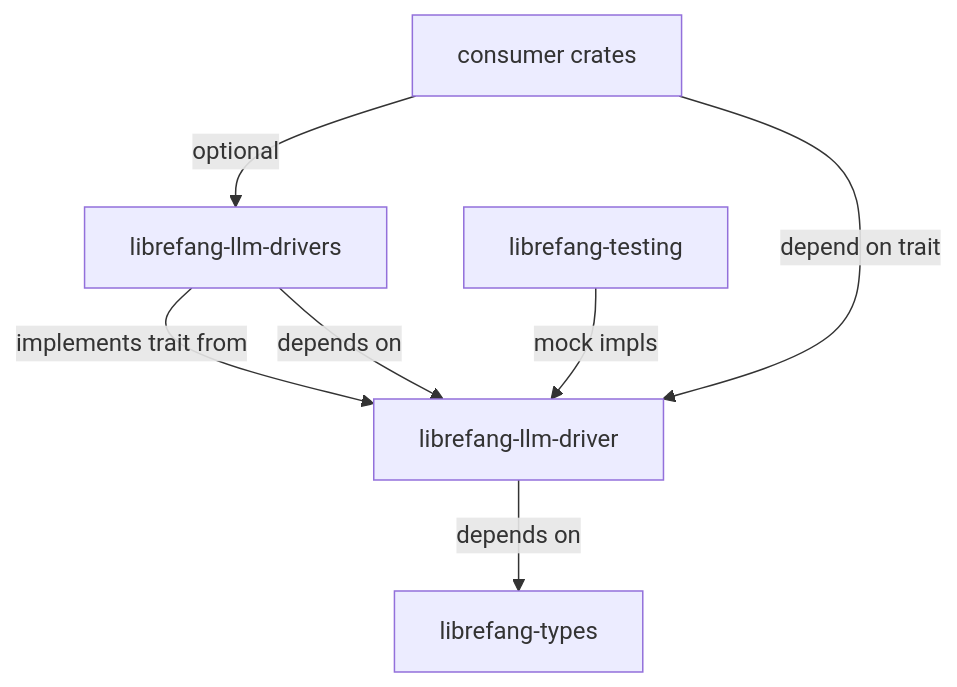
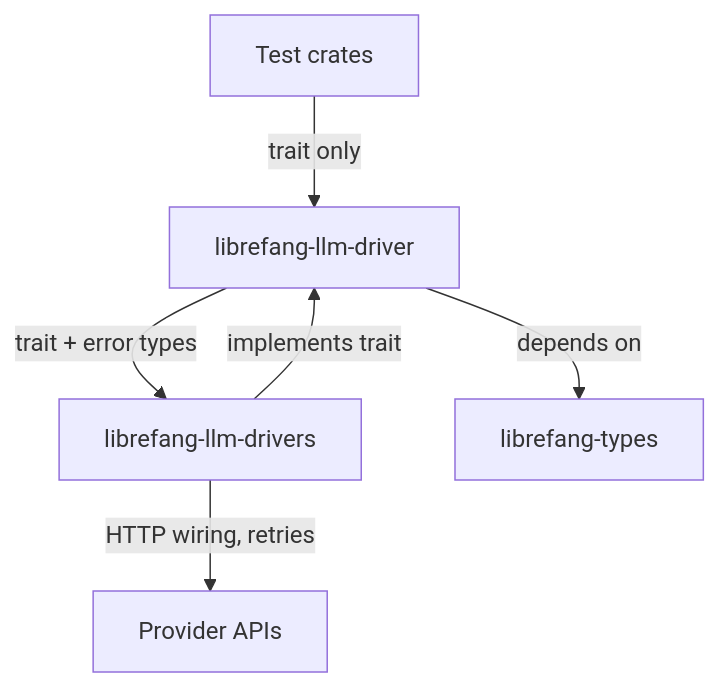
Before and after one commit to leszek3737/librefang-WIki: the diagram in other-librefang-llm-driver.md, drawn with Mermaid. The commit also changed other lines of this file and 128 other files, not shown here.

````diff
--- a/other-librefang-llm-driver.md
+++ b/other-librefang-llm-driver.md
@@ -15,9 +11,8 @@
 ```mermaid
 graph TD
-    A[librefang-llm-driver] -->|depends on| B[librefang-types]
-    C[librefang-llm-drivers] -->|implements trait from| A
-    C -->|depends on| A
-    D[librefang-testing] -->|mock impls| A
-    E[consumer crates] -->|depend on trait| A
-    E -->|optional| C
+    A[librefang-llm-driver] -->|trait + error types| B[librefang-llm-drivers]
+    A -->|depends on| C[librefang-types]
+    B -->|implements trait| A
+    B -->|HTTP wiring, retries| D[Provider APIs]
+    E[Test crates] -->|trait only| A
 ```
````
